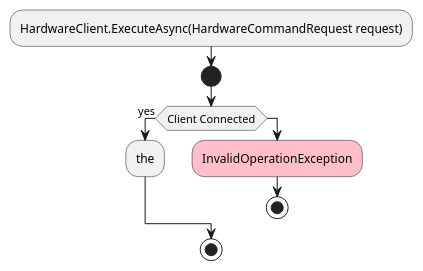
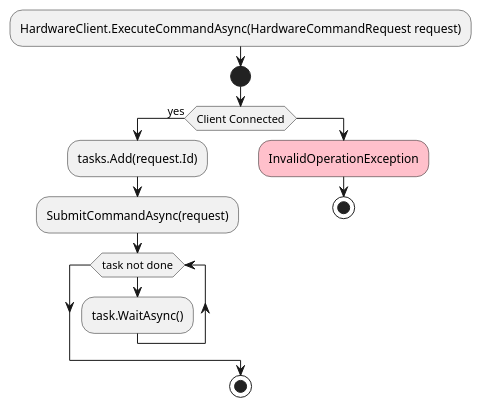
Before and after one commit to glc-personal/QxM: the diagram in QxM.HardwareGateway/docs/hardware_client_hardware_command_request.puml, drawn with PlantUML.

Commit message:
[QxM-15]: Finished activity diagram for HarwareClient.ExecuteCommandAsync

```diff
--- a/QxM.HardwareGateway/docs/hardware_client_hardware_command_request.puml
+++ b/QxM.HardwareGateway/docs/hardware_client_hardware_command_request.puml
@@ -1,17 +1,21 @@
 @startuml
 'https://plantuml.com/activity-diagram-beta
 
-:HardwareClient.ExecuteAsync(HardwareCommandRequest request);
+:HardwareClient.ExecuteCommandAsync(HardwareCommandRequest request);
 
 start
 
 if (Client Connected) then (yes)
-    :the;
+    :tasks.Add(request.Id);
+    :SubmitCommandAsync(request);
+    while (task not done)
+        :task.WaitAsync();
+    endwhile
 else
     #pink:InvalidOperationException;
     stop;
 endif
 
 stop
 
 @enduml
```
